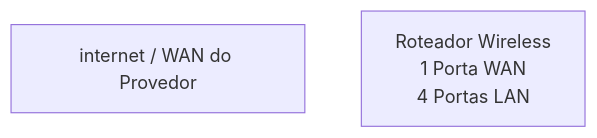
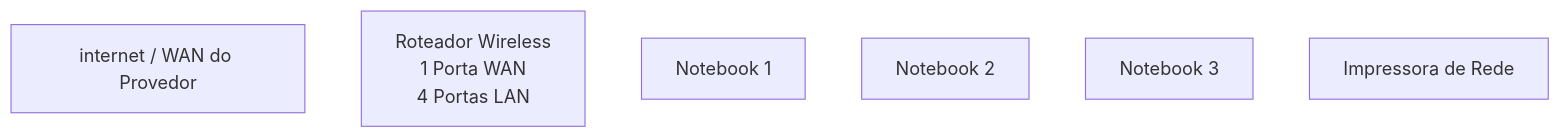
The diagram in README.md (ruanander/lab-redes01), drawn with Mermaid before and after one commit.

````diff
--- a/README.md
+++ b/README.md
@@ -37,7 +37,15 @@
 ```mermaid
 graph TD
 
 WAN[internet / WAN do Provedor]
 
 Router[Roteador Wireless<br>1 Porta WAN<br>4 Portas LAN]
+
+PC1[Notebook 1]
+PC2[Notebook 2]
+PC3[Notebook 3]
+
+Primer[Impressora de Rede]
+
+WAN
 ```
````
